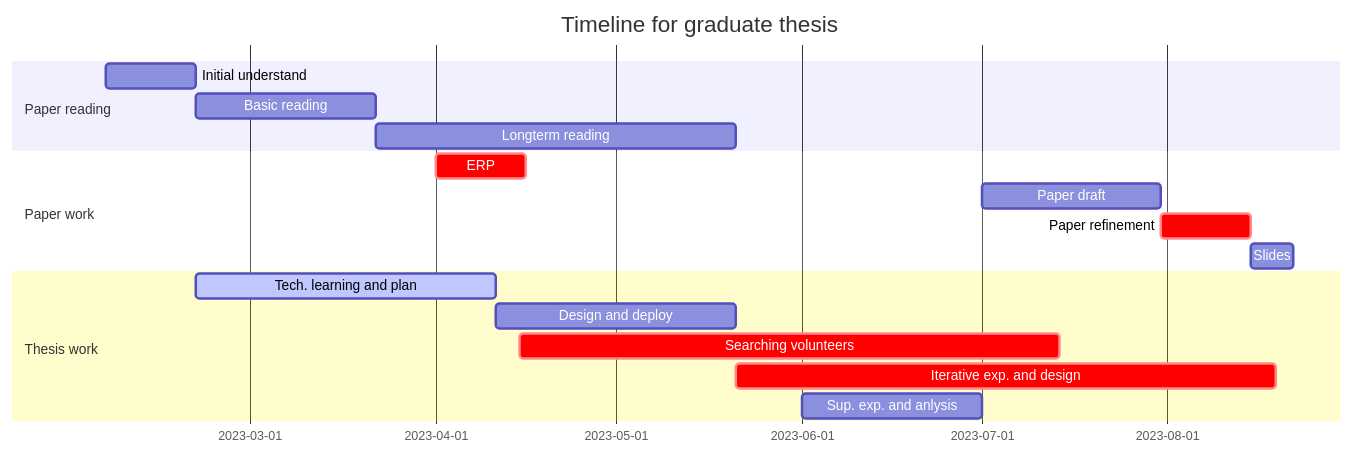
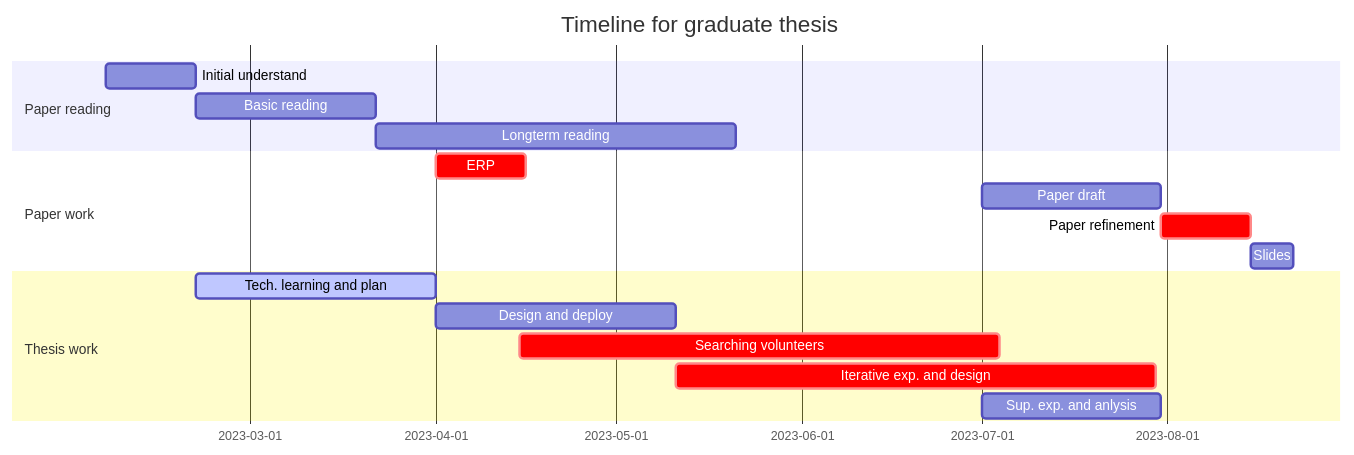
One commit to hinczhang/GraduteThesis_Master changed the diagram in README.md. Above: the diagram before and after it, drawn with Mermaid.

````diff
--- a/README.md
+++ b/README.md
@@ -5,20 +5,20 @@
 ```mermaid
 gantt
     title Timeline for graduate thesis
     dateFormat  YYYY-MM-DD
     section Paper reading
         Initial understand              : a1, 2023-02-05, 15d
         Basic reading                   : a2, after a1, 30d
         Longterm reading                : a3, after a2, 60d
     section Paper work
         ERP                             : crit, b1, 2023-04-01, 15d
         Paper draft                     : b2, 2023-07-01, 30d
         Paper refinement                : crit, b3, after b2, 15d
         Slides                          : b4, after b3, 7d
     section Thesis work
-        Tech. learning and plan         : active, c1, after a1, 50d
+        Tech. learning and plan         : active, c1, after a1, 40d
         Design and deploy               : c2, after c1, 40d
-        Searching volunteers            : crit, c3, 2023-04-15, 90d
-        Iterative exp. and design       : crit, c4, after c2, 90d
-        Sup. exp. and anlysis           : c5, 2023-06-01, 30d
+        Searching volunteers            : crit, c3, 2023-04-15, 80d
+        Iterative exp. and design       : crit, c4, after c2, 80d
+        Sup. exp. and anlysis           : c5, 2023-07-01, 30d
 ```
````
